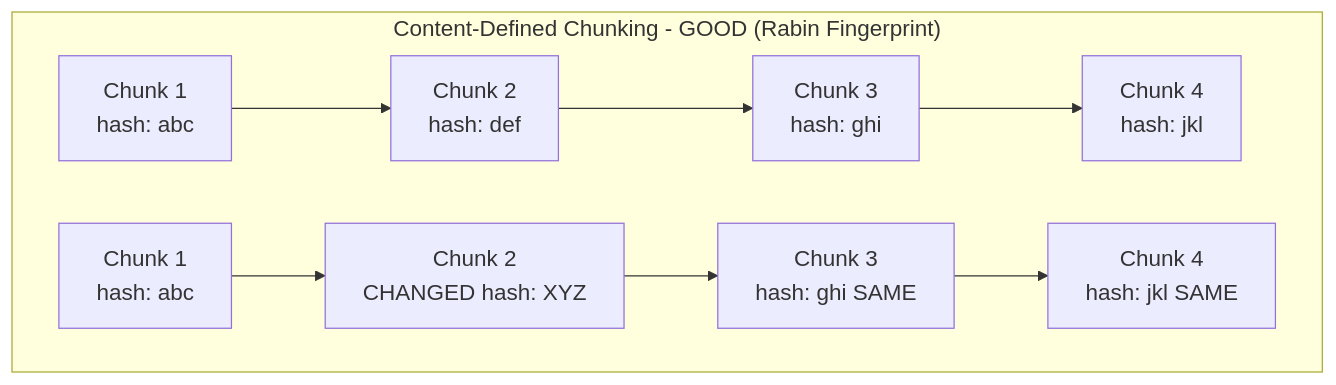
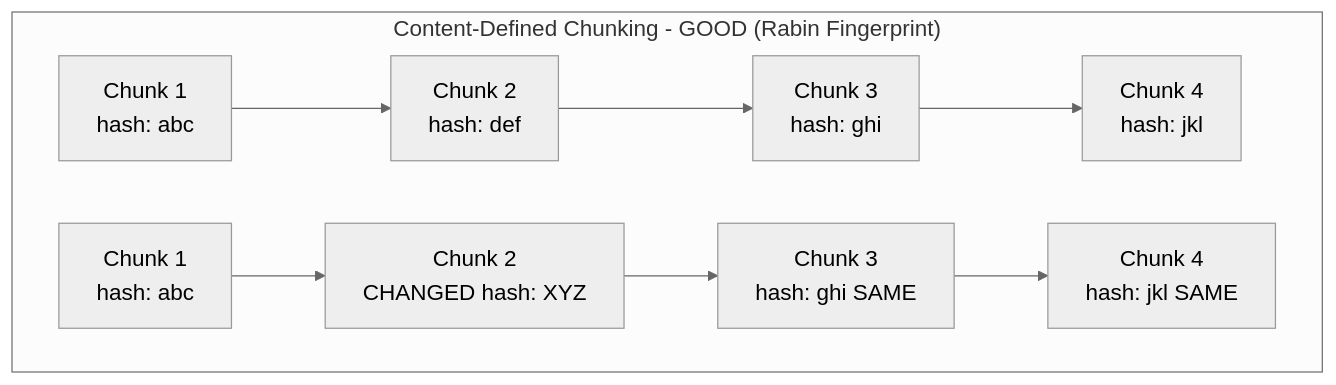
Diagram 12 of 15 in hld/dropbox.md (vipi-n/swe-101), drawn with Mermaid before and after one commit. The commit also changed other lines of this file, not shown here.

````diff
--- a/hld/dropbox.md
+++ b/hld/dropbox.md
@@ -762,14 +762,14 @@
 ```mermaid
-%%{init: {'theme': 'default', 'themeVariables': {'fontSize': '18px'}}}%%
+%%{init: {'theme': 'neutral', 'themeVariables': {'fontSize': '18px'}}}%%
 graph LR
     subgraph "Content-Defined Chunking - GOOD (Rabin Fingerprint)"
         direction LR
         C1["Chunk 1<br/>hash: abc"] --> C2["Chunk 2<br/>hash: def"]
         C2 --> C3["Chunk 3<br/>hash: ghi"]
         C3 --> C4["Chunk 4<br/>hash: jkl"]
 
         C1b["Chunk 1<br/>hash: abc"] --> C2b["Chunk 2<br/>CHANGED hash: XYZ"]
         C2b --> C3b["Chunk 3<br/>hash: ghi SAME"]
         C3b --> C4b["Chunk 4<br/>hash: jkl SAME"]
     end
 ```
````
